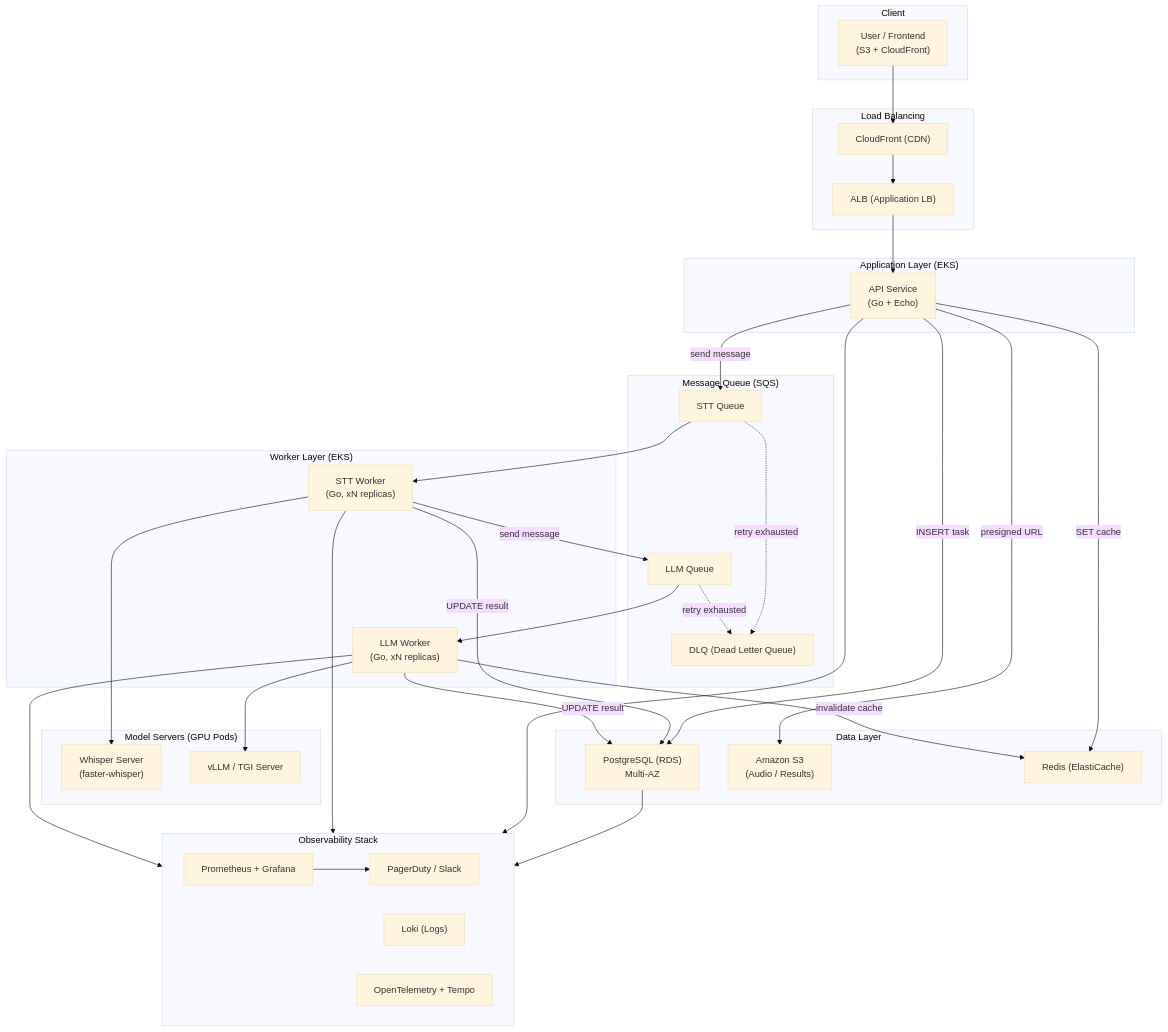
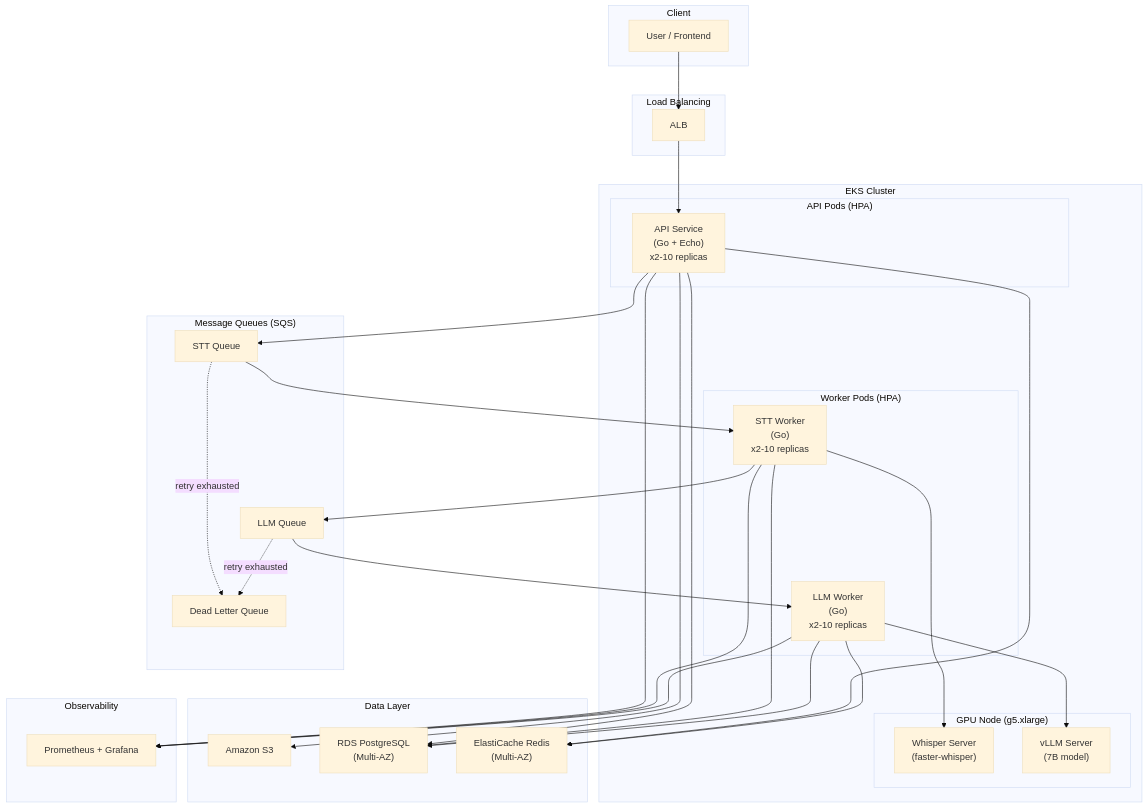
One commit to m24927605/system-architecture-design changed the second of 11 diagrams in ARCHITECTURE.md. Above: the diagram before and after it, drawn with Mermaid (base theme). The commit also changed other lines of this file, not shown here.

First line of the commit message:
docs: rewrite ARCHITECTURE.md with 3-phase evolutionary architecture

````diff
--- a/ARCHITECTURE.md
+++ b/ARCHITECTURE.md
@@ -11,70 +141,63 @@
 ```mermaid
 graph TB
     subgraph Client
-        User["User / Frontend<br/>(S3 + CloudFront)"]
+        User["User / Frontend"]
     end
 
-    subgraph LoadBalancer["Load Balancing"]
-        CF["CloudFront (CDN)"]
-        ALB["ALB (Application LB)"]
+    subgraph LB["Load Balancing"]
+        ALB["ALB"]
     end
 
-    subgraph Application["Application Layer (EKS)"]
-        API["API Service<br/>(Go + Echo)"]
+    subgraph EKS["EKS Cluster"]
+        subgraph APIPods["API Pods (HPA)"]
+            API["API Service<br/>(Go + Echo)<br/>x2-10 replicas"]
+        end
+        subgraph Workers["Worker Pods (HPA)"]
+            STTW["STT Worker<br/>(Go)<br/>x2-10 replicas"]
+            LLMW["LLM Worker<br/>(Go)<br/>x2-10 replicas"]
+        end
+        subgraph GPU["GPU Node (g5.xlarge)"]
+            Whisper["Whisper Server<br/>(faster-whisper)"]
+            vLLM["vLLM Server<br/>(7B model)"]
+        end
     end
 
-    subgraph MessageQueue["Message Queue (SQS)"]
+    subgraph Queue["Message Queues (SQS)"]
         STTQ["STT Queue"]
         LLMQ["LLM Queue"]
-        DLQ["DLQ (Dead Letter Queue)"]
-    end
-
-    subgraph Workers["Worker Layer (EKS)"]
-        STTW["STT Worker<br/>(Go, xN replicas)"]
-        LLMW["LLM Worker<br/>(Go, xN replicas)"]
-    end
-
-    subgraph ModelServers["Model Servers (GPU Pods)"]
-        Whisper["Whisper Server<br/>(faster-whisper)"]
-        vLLM["vLLM / TGI Server"]
+        DLQ["Dead Letter Queue"]
     end
 
     subgraph DataLayer["Data Layer"]
-        PG["PostgreSQL (RDS)<br/>Multi-AZ"]
-        S3["Amazon S3<br/>(Audio / Results)"]
-        Redis["Redis (ElastiCache)"]
+        S3["Amazon S3"]
+        RDS["RDS PostgreSQL<br/>(Multi-AZ)"]
+        Redis["ElastiCache Redis<br/>(Multi-AZ)"]
     end
 
-    subgraph Observability["Observability Stack"]
+    subgraph Observability["Observability"]
         Prom["Prometheus + Grafana"]
-        Loki["Loki (Logs)"]
-        Tempo["OpenTelemetry + Tempo"]
-        Alert["PagerDuty / Slack"]
     end
 
-    User --> CF --> ALB --> API
-    API -- "presigned URL" --> S3
-    API -- "INSERT task" --> PG
-    API -- "SET cache" --> Redis
-    API -- "send message" --> STTQ
+    User --> ALB --> API
+    API --> S3
+    API --> RDS
+    API --> Redis
+    API --> STTQ
 
     STTQ --> STTW
     STTW --> Whisper
-    STTW -- "UPDATE result" --> PG
-    STTW -- "send message" --> LLMQ
+    STTW --> RDS
+    STTW --> LLMQ
 
     LLMQ --> LLMW
     LLMW --> vLLM
-    LLMW -- "UPDATE result" --> PG
-    LLMW -- "invalidate cache" --> Redis
+    LLMW --> RDS
+    LLMW --> Redis
 
     STTQ -. "retry exhausted" .-> DLQ
     LLMQ -. "retry exhausted" .-> DLQ
 
-    PG --> Observability
-    API --> Observability
-    STTW --> Observability
-    LLMW --> Observability
-
-    Prom --> Alert
+    API --> Prom
+    STTW --> Prom
+    LLMW --> Prom
 ```
````
